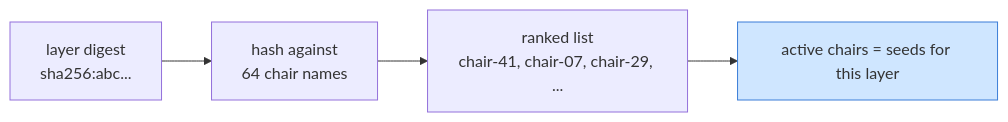
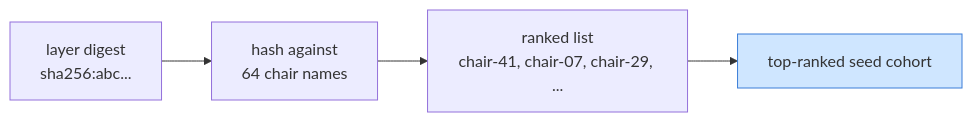
Before and after one commit to Azure/unbounded: the third of 9 diagrams in designs/gantry-cold-pull-explained.md, drawn with Mermaid. The commit also changed other lines of this file and 34 other files, not shown here.

````diff
--- a/designs/gantry-cold-pull-explained.md
+++ b/designs/gantry-cold-pull-explained.md
@@ -105,8 +106,8 @@
 ```mermaid
 flowchart LR
     D["layer digest<br/>sha256:abc..."] --> H["hash against<br/>64 chair names"]
     H --> RK["ranked list<br/>chair-41, chair-07, chair-29, ..."]
-    RK --> T["active chairs = seeds for this layer"]
+    RK --> T["top-ranked seed cohort"]
 
     style T fill:#cfe6ff,stroke:#3b7dd8
 ```
````
